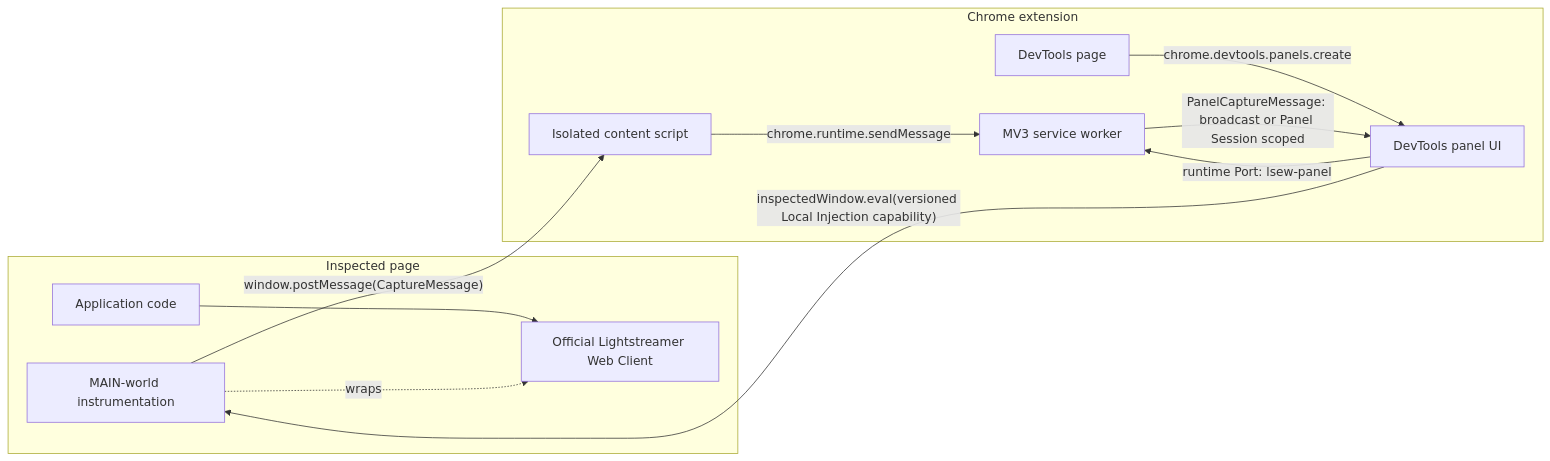
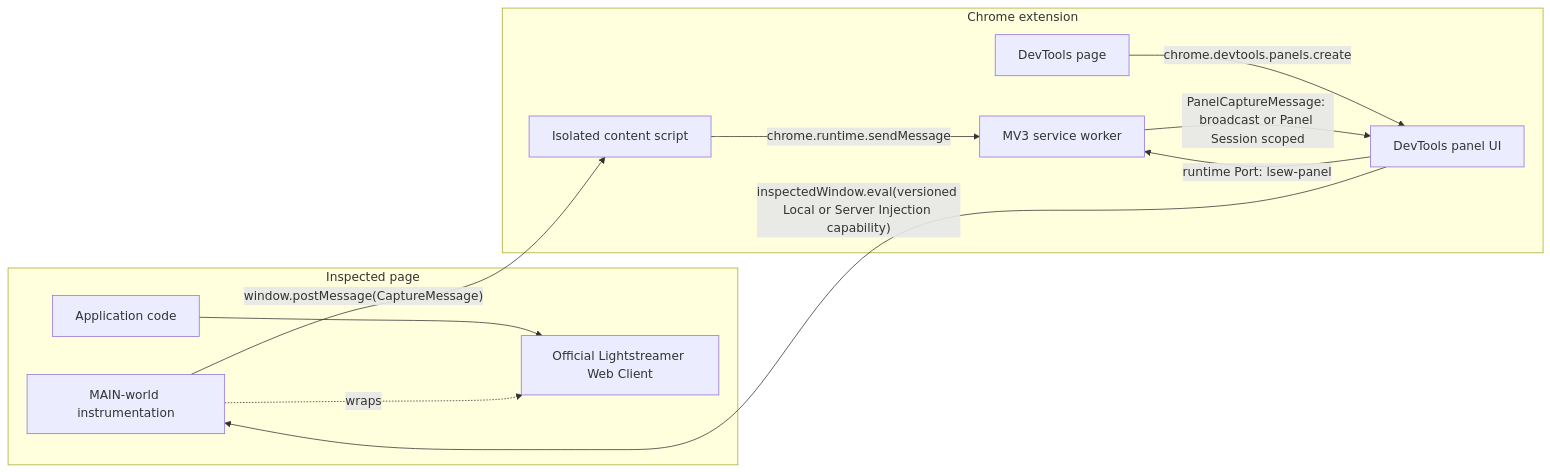
Before and after one commit to imom39a/lightstreamer-workbench-extension: the first of 8 diagrams in docs/ARCHITECTURE.md, drawn with Mermaid. The commit also changed other lines of this file and 184 other files, not shown here.

Commit message:
feat: add client message server injection

````diff
--- a/docs/ARCHITECTURE.md
+++ b/docs/ARCHITECTURE.md
@@ -53,24 +56,24 @@
 ```mermaid
 flowchart LR
   subgraph Page["Inspected page"]
     App["Application code"]
     LS["Official Lightstreamer Web Client"]
     Injected["MAIN-world instrumentation"]
   end
 
   subgraph Extension["Chrome extension"]
     Content["Isolated content script"]
     Background["MV3 service worker"]
     Devtools["DevTools page"]
     Panel["DevTools panel UI"]
   end
 
   App --> LS
   Injected -. wraps .-> LS
   Injected -- "window.postMessage(CaptureMessage)" --> Content
   Content -- "chrome.runtime.sendMessage" --> Background
   Devtools -- "chrome.devtools.panels.create" --> Panel
   Panel -- "runtime Port: lsew-panel" --> Background
   Background -- "PanelCaptureMessage: broadcast or Panel Session scoped" --> Panel
-  Panel -- "inspectedWindow.eval(versioned Local Injection capability)" --> Injected
+  Panel -- "inspectedWindow.eval(versioned Local or Server Injection capability)" --> Injected
 ```
````
